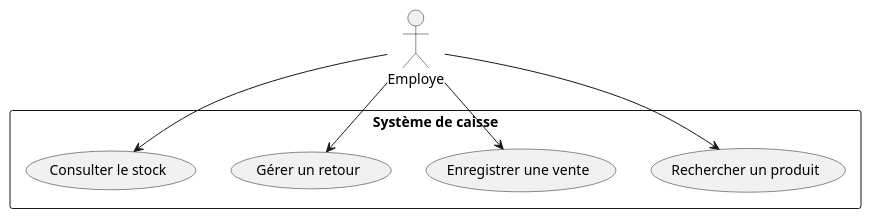
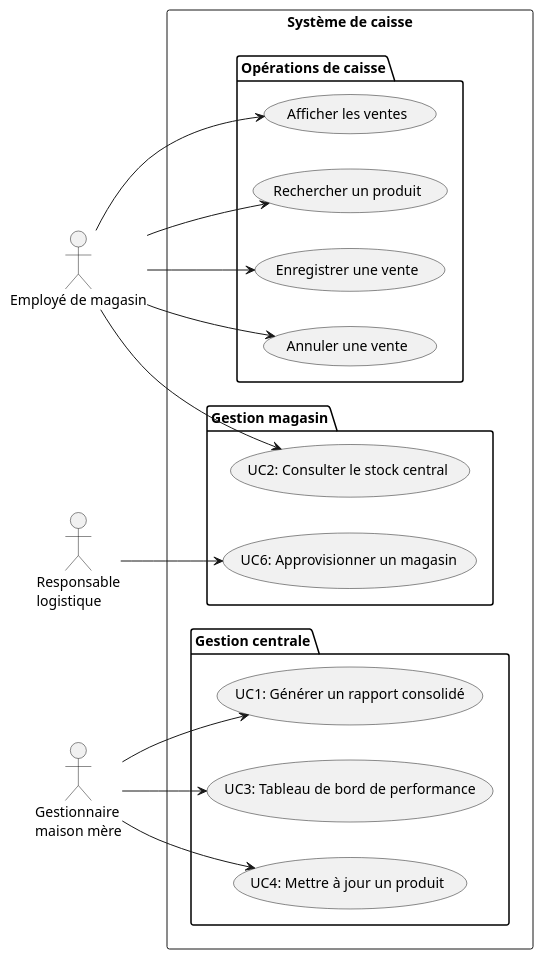
One commit to nathanlamy/LOG430-LABO-2 changed the diagram in docs/UML/usecases.puml. Above: the diagram before and after it, drawn with PlantUML. The commit also changed 40 other files, not shown here.

```diff
--- a/docs/UML/usecases.puml
+++ b/docs/UML/usecases.puml
@@ -1,17 +1,41 @@
-@startuml Vue des cas d'utilisation
+@startuml Vue_des_cas_d_utilisation
 
-actor Employe
+left to right direction
+
+actor "Employé de magasin" as Employe
+actor "Gestionnaire\nmaison mère" as Gestionnaire
+actor "Responsable\nlogistique" as Logistique
 
 rectangle "Système de caisse" {
-  usecase "Rechercher un produit" as CU1
-  usecase "Enregistrer une vente" as CU2
-  usecase "Gérer un retour" as CU3
-  usecase "Consulter le stock" as CU4
+  package "Opérations de caisse" {
+    usecase "Rechercher un produit" as UC6
+    usecase "Enregistrer une vente" as UC7
+    usecase "Annuler une vente" as UC8
+    usecase "Afficher les ventes" as UC9
+  }
+
+  package "Gestion magasin" {
+    usecase "UC2: Consulter le stock central" as UC2
+    usecase "UC6: Approvisionner un magasin" as UC5
+  }
+
+  package "Gestion centrale" {
+    usecase "UC1: Générer un rapport consolidé" as UC1
+    usecase "UC3: Tableau de bord de performance" as UC3
+    usecase "UC4: Mettre à jour un produit" as UC4
+  }
 }
 
-Employe --> CU1
-Employe --> CU2
-Employe --> CU3
-Employe --> CU4
+Employe --> UC6
+Employe --> UC7
+Employe --> UC8
+Employe --> UC9
+Employe --> UC2
+
+Gestionnaire --> UC1
+Gestionnaire --> UC3
+Gestionnaire --> UC4
+
+Logistique --> UC5
 
 @enduml
```
